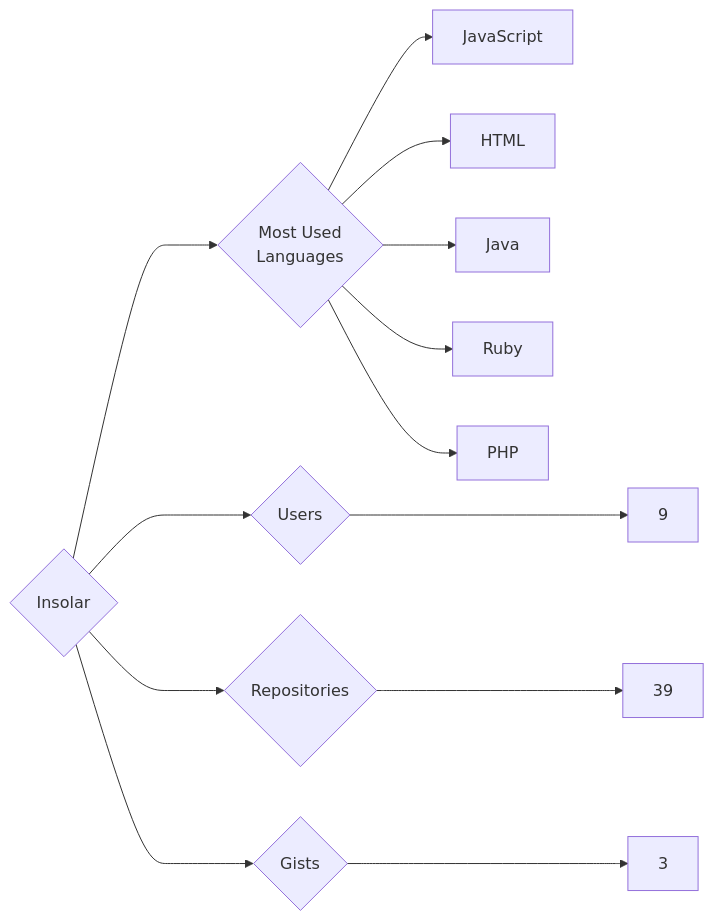
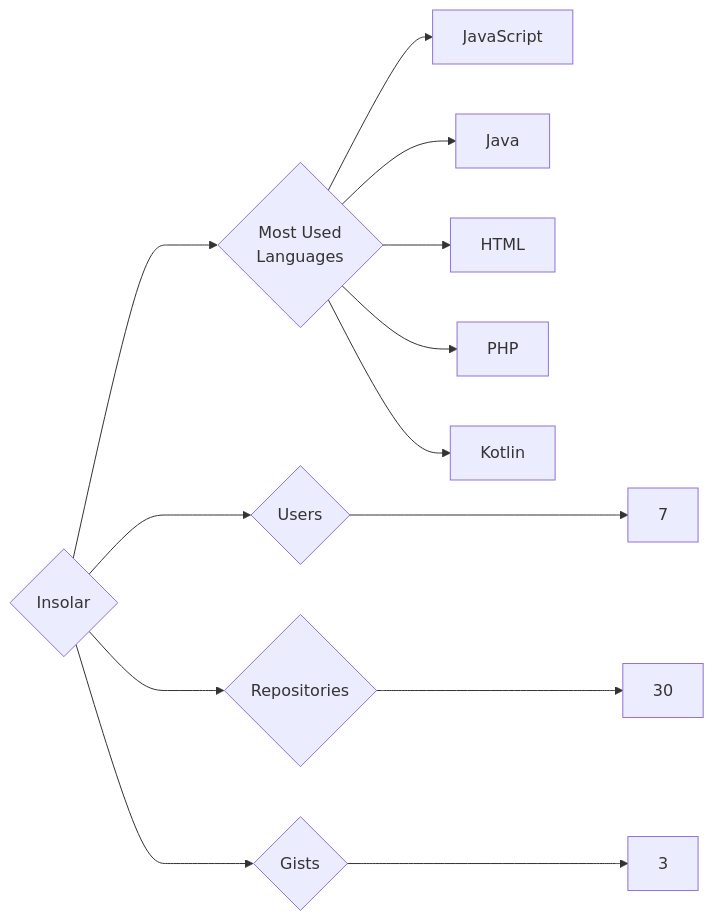
Before and after one commit to trickest/insiders: the diagram in targets/Insolar/README.md, drawn with Mermaid. The commit also changed 857 other files, not shown here.

````diff
--- a/targets/Insolar/README.md
+++ b/targets/Insolar/README.md
@@ -3,13 +3,13 @@
 ```mermaid
 graph LR
 COMPANY_NAME{Insolar}
-COMPANY_NAME ---> U{Users} ---> UN[9]
-COMPANY_NAME ---> R{Repositories} ---> RN[39]
+COMPANY_NAME ---> U{Users} ---> UN[7]
+COMPANY_NAME ---> R{Repositories} ---> RN[30]
 COMPANY_NAME ---> G{Gists} ---> GN[3]
 COMPANY_NAME ---> ML{Most Used<br>Languages}
 ML --> JavaScript[JavaScript]
+ML --> Java[Java]
 ML --> HTML[HTML]
-ML --> Java[Java]
-ML --> Ruby[Ruby]
 ML --> PHP[PHP]
+ML --> Kotlin[Kotlin]
 ```
````
